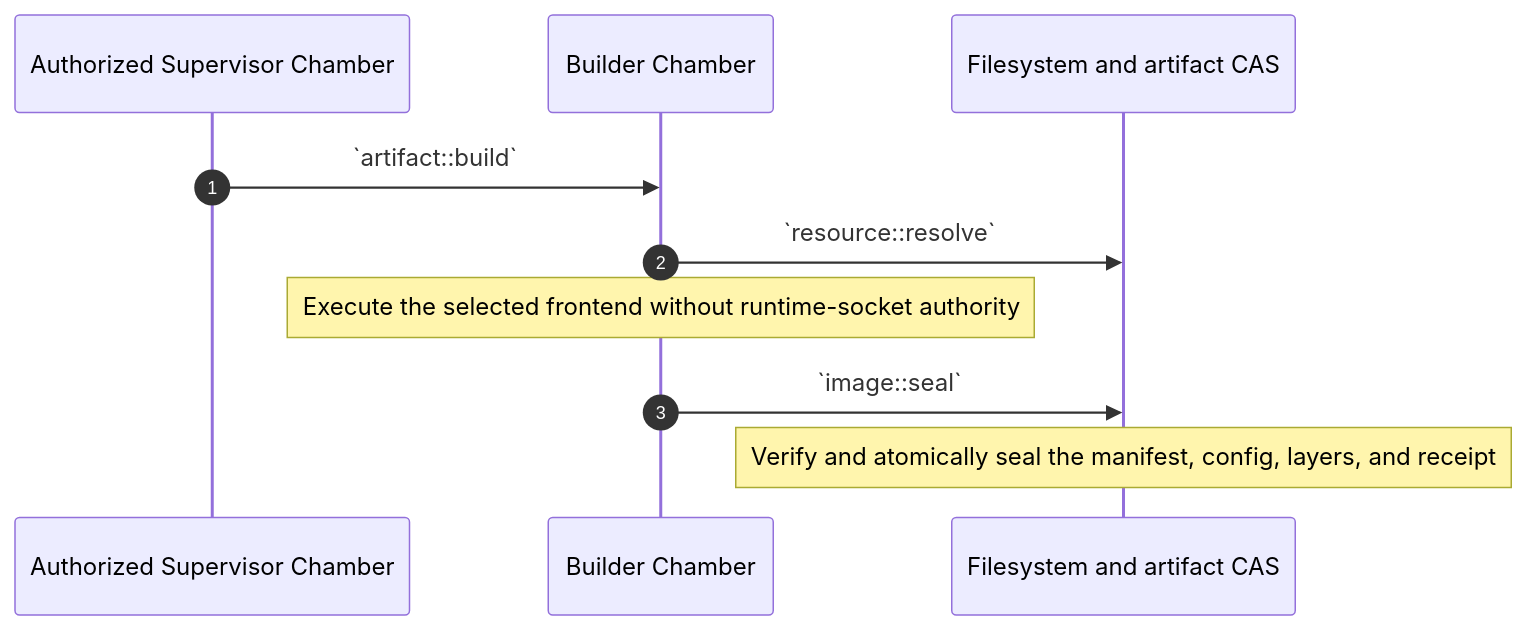
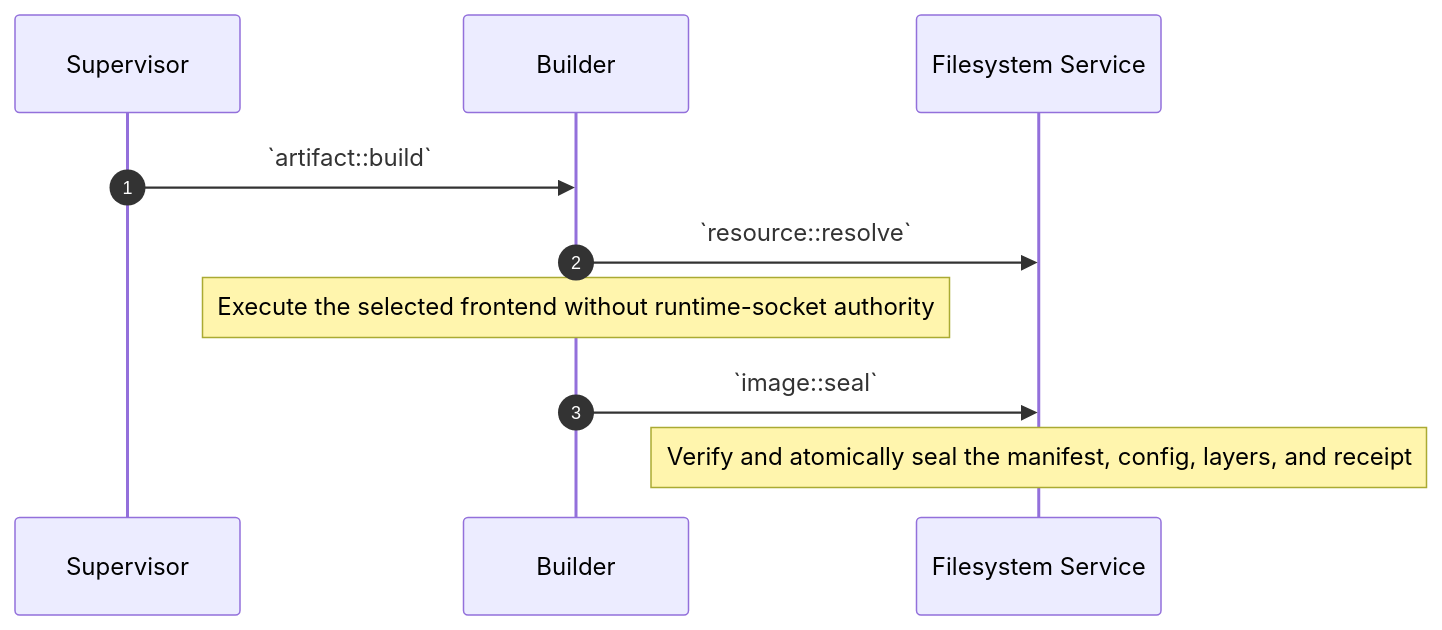
The eighth of 12 diagrams in source/chambers-lifecycle-sequences.md (dreamcatcher-tech/chambers-lifecycle-explorer), drawn with Mermaid before and after one commit. The commit also changed other lines of this file and 7 other files, not shown here.

````diff
--- a/source/chambers-lifecycle-sequences.md
+++ b/source/chambers-lifecycle-sequences.md
@@ -724,13 +859,13 @@
 ```mermaid
 sequenceDiagram
     autonumber
-    participant Supervisor as Authorized Supervisor Chamber
-    participant Builder as Builder Chamber
-    participant Filesystem as Filesystem and artifact CAS
+    participant Supervisor
+    participant Builder
+    participant Filesystem as Filesystem Service
 
     Supervisor->>Builder: `artifact::build`
     Builder->>Filesystem: `resource::resolve`
     Note over Builder: Execute the selected frontend without runtime-socket authority
     Builder->>Filesystem: `image::seal`
     Note over Filesystem: Verify and atomically seal the manifest, config, layers, and receipt
 ```
````
